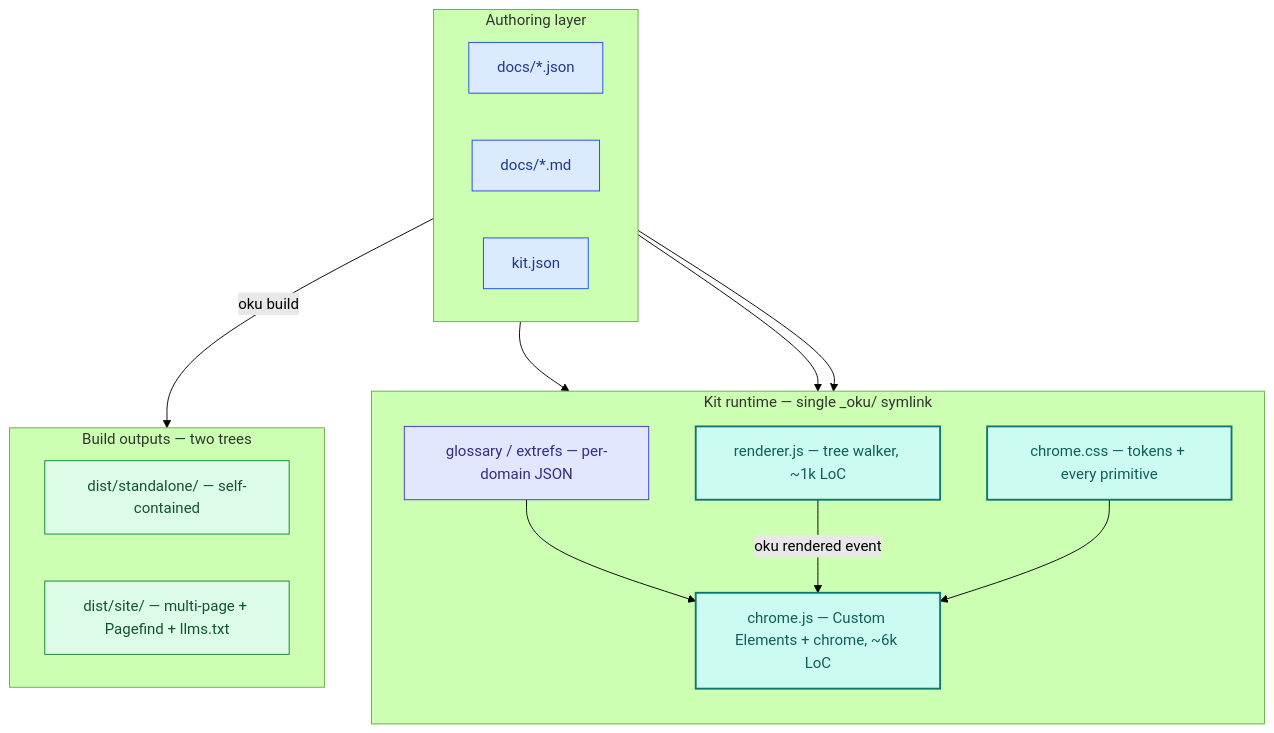
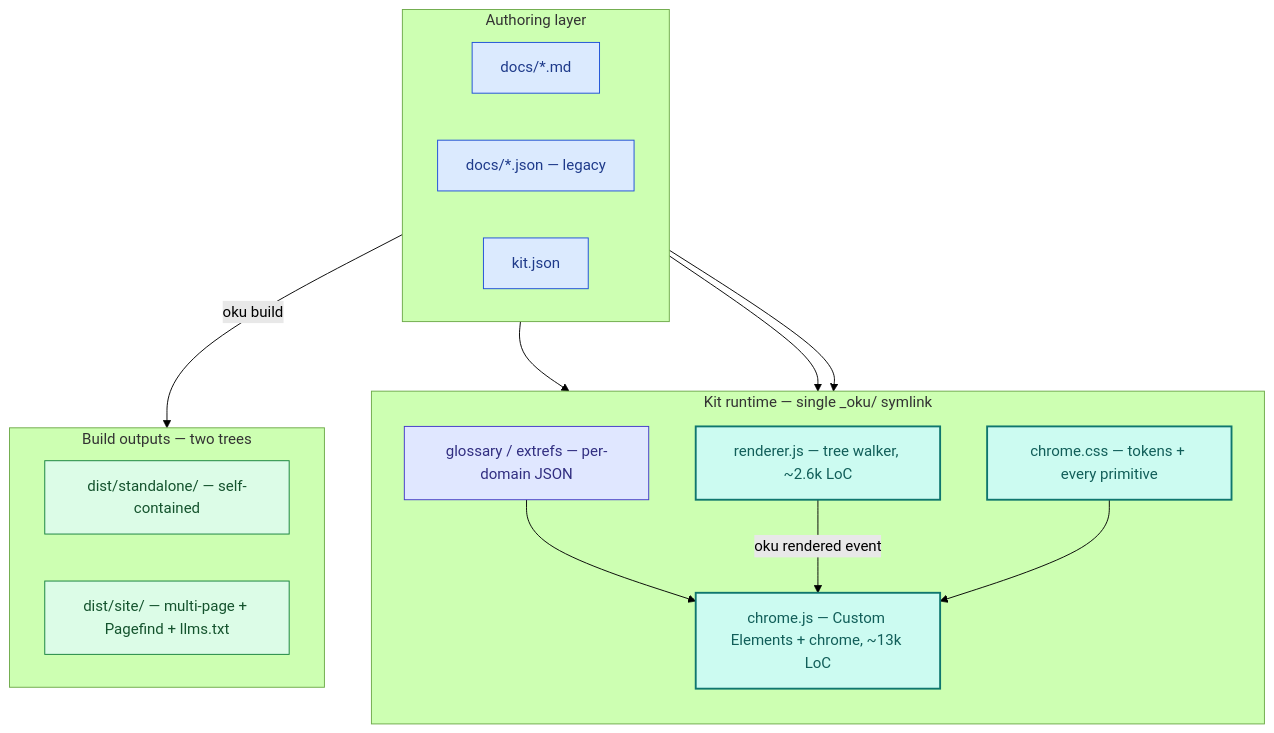
Before and after one commit to mmdemirbas/oku: the first of 6 diagrams in docs/architecture.md, drawn with Mermaid (forest theme). The commit also changed other lines of this file and 6 other files, not shown here.

````diff
--- a/docs/architecture.md
+++ b/docs/architecture.md
@@ -23,32 +23,32 @@
 ```mermaid
 flowchart TB
     subgraph A[Authoring layer]
       direction LR
-      JSON["docs/*.json"]:::auth
       MD["docs/*.md"]:::auth
+      JSON["docs/*.json — legacy"]:::auth
       KITJ["kit.json"]:::auth
     end
     subgraph R[Kit runtime — single _oku/ symlink]
       direction TB
-      RND["renderer.js — tree walker, ~1k LoC"]:::rt
-      CHR["chrome.js — Custom Elements + chrome, ~6k LoC"]:::rt
+      RND["renderer.js — tree walker, ~2.6k LoC"]:::rt
+      CHR["chrome.js — Custom Elements + chrome, ~13k LoC"]:::rt
       CSS["chrome.css — tokens + every primitive"]:::rt
       REG["glossary / extrefs — per-domain JSON"]:::reg
     end
     subgraph O[Build outputs — two trees]
       direction LR
       STA["dist/standalone/ — self-contained"]:::out
       SIT["dist/site/ — multi-page + Pagefind + llms.txt"]:::out
     end
     JSON --> RND
     MD --> RND
     KITJ --> CHR
     REG --> CHR
     RND -->|oku rendered event| CHR
     CSS --> CHR
     A -->|oku build| O
     classDef auth fill:#dbeafe,stroke:#1d4ed8,color:#1e3a8a
     classDef rt fill:#ccfbf1,stroke:#0f766e,color:#115e59,stroke-width:2px
     classDef reg fill:#e0e7ff,stroke:#4338ca,color:#312e81
     classDef out fill:#dcfce7,stroke:#15803d,color:#14532d
 ```
````
